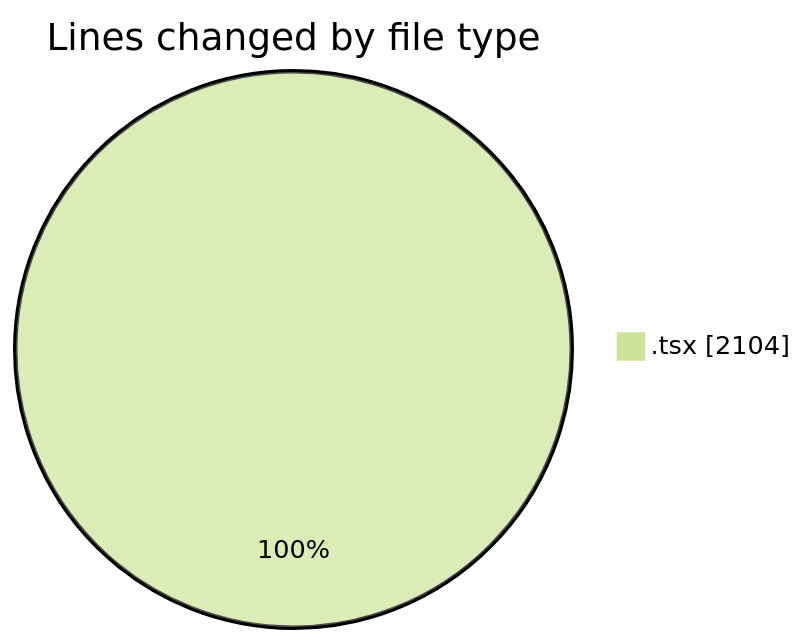
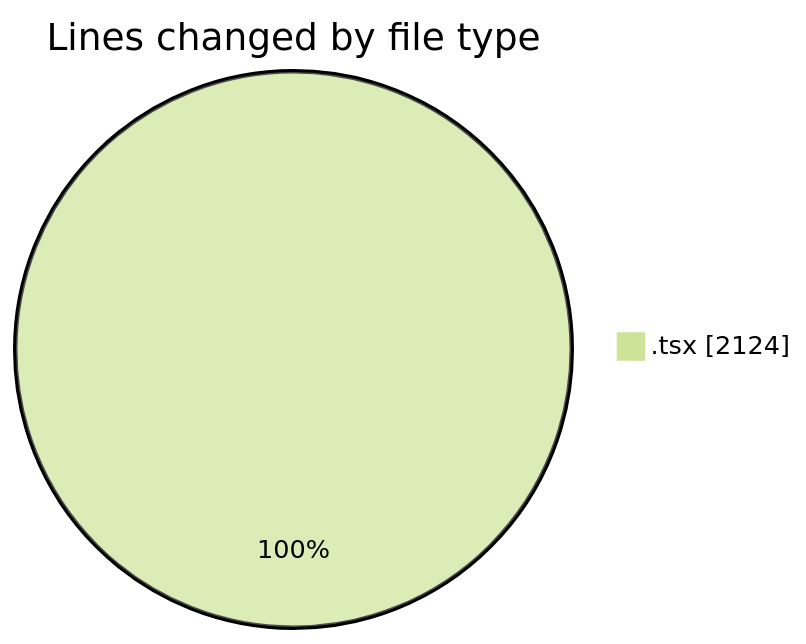
Before and after one commit to nxtqubesakshisongat/code-tracking: the first of 2 diagrams in 2026-04-09/airfeed-analytics-dashboard/README.md, drawn with Mermaid (forest theme). The commit also changed other lines of this file and 1 other file, not shown here.

````diff
--- a/2026-04-09/airfeed-analytics-dashboard/README.md
+++ b/2026-04-09/airfeed-analytics-dashboard/README.md
@@ -26,5 +26,5 @@
 ```mermaid
 pie showData
 title Lines changed by file type
-".tsx" : 2104
+".tsx" : 2124
 ```
````
